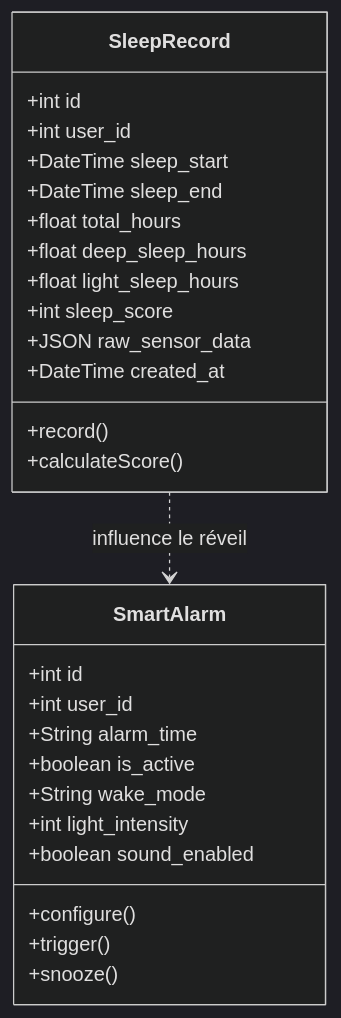
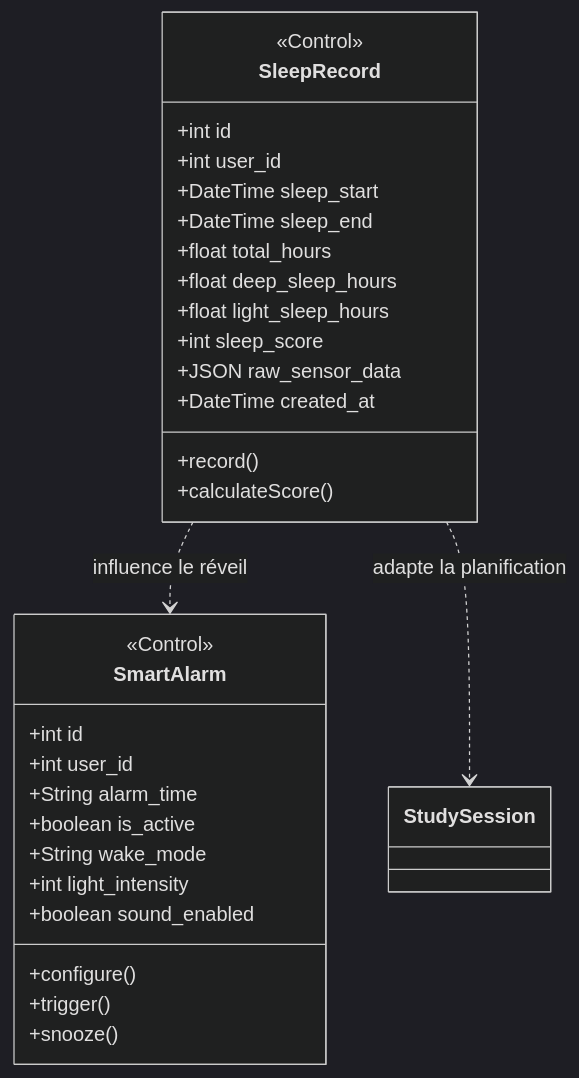
The seventh of 7 diagrams in docs/Conception_DiagrammeClasses.md (Jkacem/smart_focus), drawn with Mermaid (dark theme) before and after one commit. The commit also changed other lines of this file and 31 other files, not shown here.

````diff
--- a/docs/Conception_DiagrammeClasses.md
+++ b/docs/Conception_DiagrammeClasses.md
@@ -566,32 +648,35 @@
 ```mermaid
 classDiagram
     class SleepRecord {
+        <<Control>>
         +int id
         +int user_id
         +DateTime sleep_start
         +DateTime sleep_end
         +float total_hours
         +float deep_sleep_hours
         +float light_sleep_hours
         +int sleep_score
         +JSON raw_sensor_data
         +DateTime created_at
         +record()
         +calculateScore()
     }
 
     class SmartAlarm {
+        <<Control>>
         +int id
         +int user_id
         +String alarm_time
         +boolean is_active
         +String wake_mode
         +int light_intensity
         +boolean sound_enabled
         +configure()
         +trigger()
         +snooze()
     }
 
     SleepRecord ..> SmartAlarm : influence le réveil
+    SleepRecord ..> StudySession : adapte la planification
 ```
````
